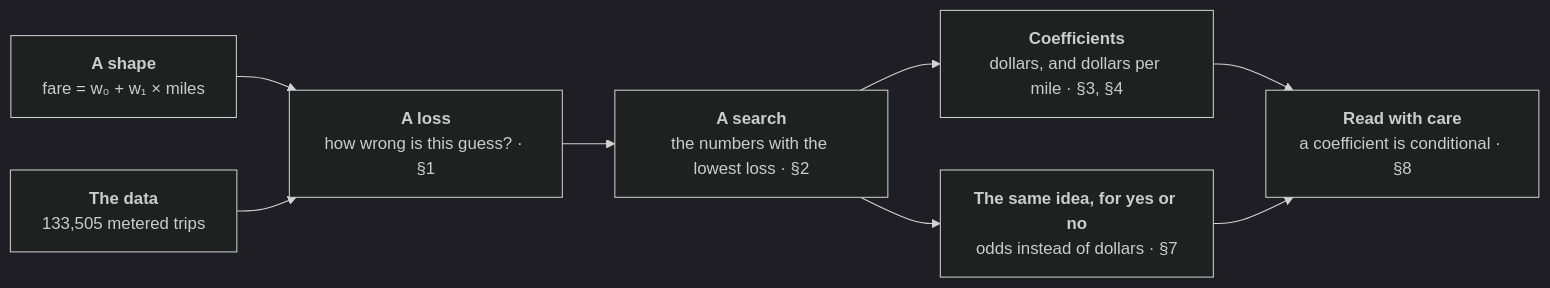
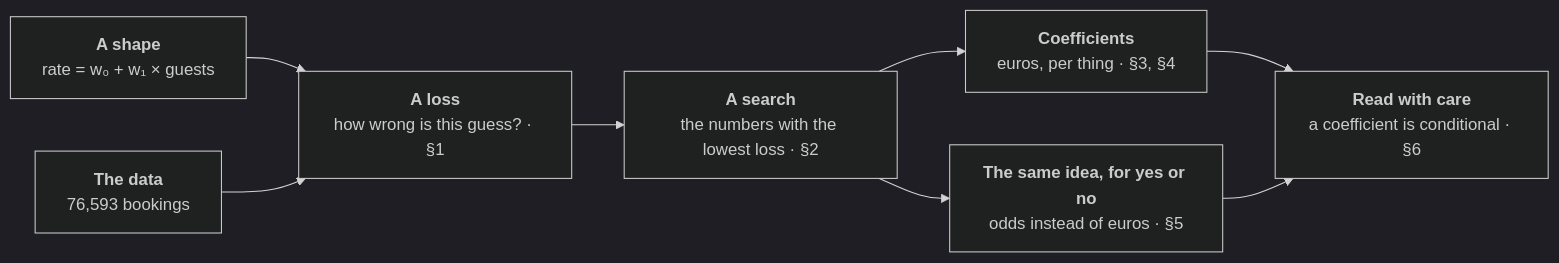
One commit to evisp/ml-course-umt changed the diagram in docs/03-models-optimization/week-05-linear-models.md. Above: the diagram before and after it, drawn with Mermaid (dark theme). The commit also changed other lines of this file and 16 other files, not shown here.

````diff
--- a/docs/03-models-optimization/week-05-linear-models.md
+++ b/docs/03-models-optimization/week-05-linear-models.md
@@ -21,10 +21,10 @@
 ```mermaid
 flowchart LR
-    A["<b>A shape</b><br/>fare = w₀ + w₁ × miles"] --> C["<b>A loss</b><br/>how wrong is this guess? · §1"]
-    B["<b>The data</b><br/>133,505 metered trips"] --> C
+    A["<b>A shape</b><br/>rate = w₀ + w₁ × guests"] --> C["<b>A loss</b><br/>how wrong is this guess? · §1"]
+    B["<b>The data</b><br/>76,593 bookings"] --> C
     C --> D["<b>A search</b><br/>the numbers with the lowest loss · §2"]
-    D --> E["<b>Coefficients</b><br/>dollars, and dollars per mile · §3, §4"]
-    D --> F["<b>The same idea, for yes or no</b><br/>odds instead of dollars · §7"]
-    E --> G["<b>Read with care</b><br/>a coefficient is conditional · §8"]
+    D --> E["<b>Coefficients</b><br/>euros, per thing · §3, §4"]
+    D --> F["<b>The same idea, for yes or no</b><br/>odds instead of euros · §5"]
+    E --> G["<b>Read with care</b><br/>a coefficient is conditional · §6"]
     F --> G
 ```
````
